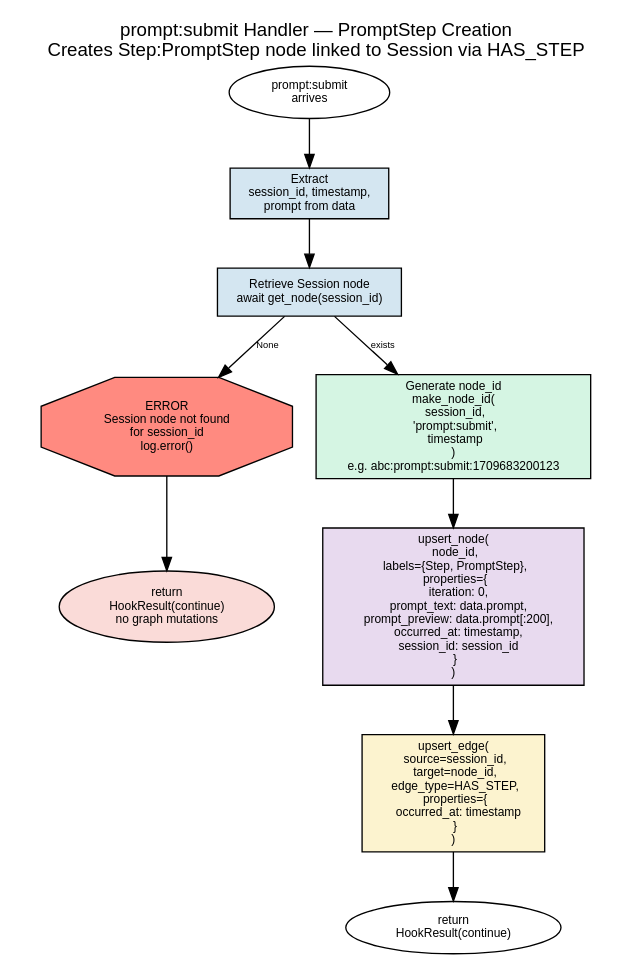
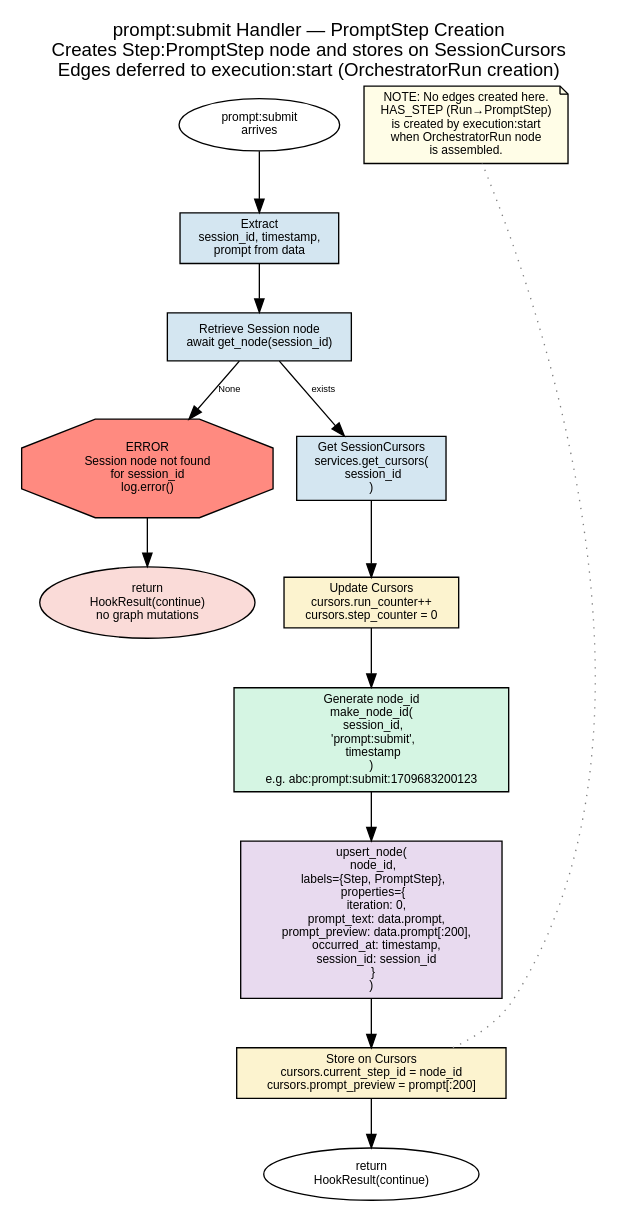
Before and after one commit to microsoft/amplifier-bundle-context-intelligence: the diagram in context/prompt-submit-handler.dot, drawn with Graphviz. The commit also changed 3 other files, not shown here.

Commit message:
docs: orchestrator run, step, and tool execution handlers design + DOT diagrams

```diff
--- a/context/prompt-submit-handler.dot
+++ b/context/prompt-submit-handler.dot
@@ -1,49 +1,66 @@
 digraph prompt_submit_handler {
     rankdir=TB;
-    label="prompt:submit Handler — PromptStep Creation\nCreates Step:PromptStep node linked to Session via HAS_STEP";
+    label="prompt:submit Handler — PromptStep Creation\nCreates Step:PromptStep node and stores on SessionCursors\nEdges deferred to execution:start (OrchestratorRun creation)";
     labelloc=t;
     fontsize=14;
     fontname="Helvetica";
     node [fontname="Helvetica", fontsize=9];
     edge [fontname="Helvetica", fontsize=7];
 
     // Entry
     event_arrives [label="prompt:submit\narrives" shape=oval];
 
     // Extract
     extract [label="Extract\nsession_id, timestamp,\nprompt from data"
              shape=box style=filled fillcolor="#D4E6F1"];
 
     // Validate session exists
     validate_session [label="Retrieve Session node\nawait get_node(session_id)"
                       shape=box style=filled fillcolor="#D4E6F1"];
     session_missing [label="ERROR\nSession node not found\nfor session_id\nlog.error()"
                      shape=octagon style=filled fillcolor="#FF8A80"];
     error_exit [label="return\nHookResult(continue)\nno graph mutations"
                 shape=oval style=filled fillcolor="#FADBD8"];
 
+    // Get or create cursors
+    get_cursors [label="Get SessionCursors\nservices.get_cursors(\n  session_id\n)"
+                  shape=box style=filled fillcolor="#D4E6F1"];
+
+    // Increment counters
+    update_counters [label="Update Cursors\ncursors.run_counter++\ncursors.step_counter = 0"
+                      shape=box style=filled fillcolor="#FCF3CF"];
+
     // Generate node ID
     gen_node_id [label="Generate node_id\nmake_node_id(\n  session_id,\n  'prompt:submit',\n  timestamp\n)\ne.g. abc:prompt:submit:1709683200123"
                  shape=box style=filled fillcolor="#D5F5E3"];
 
     // Create PromptStep
     create_step [label="upsert_node(\n  node_id,\n  labels={Step, PromptStep},\n  properties={\n    iteration: 0,\n    prompt_text: data.prompt,\n    prompt_preview: data.prompt[:200],\n    occurred_at: timestamp,\n    session_id: session_id\n  }\n)"
                  shape=box style=filled fillcolor="#E8DAEF"];
 
-    // Create edge
-    create_edge [label="upsert_edge(\n  source=session_id,\n  target=node_id,\n  edge_type=HAS_STEP,\n  properties={\n    occurred_at: timestamp\n  }\n)"
-                 shape=box style=filled fillcolor="#FCF3CF"];
+    // Store on cursors
+    store_cursors [label="Store on Cursors\ncursors.current_step_id = node_id\ncursors.prompt_preview = prompt[:200]"
+                    shape=box style=filled fillcolor="#FCF3CF"];
 
     // Exit
     done [label="return\nHookResult(continue)" shape=oval];
+
+    // Note: no edges created
+    no_edges_note [label="NOTE: No edges created here.\nHAS_STEP (Run→PromptStep)\nis created by execution:start\nwhen OrchestratorRun node\nis assembled."
+                    shape=note style=filled fillcolor="#FFFDE7"];
 
     // Flow
     event_arrives -> extract;
     extract -> validate_session;
     validate_session -> session_missing [label="None"];
     session_missing -> error_exit;
-    validate_session -> gen_node_id [label="exists"];
+    validate_session -> get_cursors [label="exists"];
+    get_cursors -> update_counters;
+    update_counters -> gen_node_id;
     gen_node_id -> create_step;
-    create_step -> create_edge;
-    create_edge -> done;
+    create_step -> store_cursors;
+    store_cursors -> done;
+
+    // Annotation link
+    store_cursors -> no_edges_note [style=dotted color=gray arrowhead=none constraint=false];
 }
```
